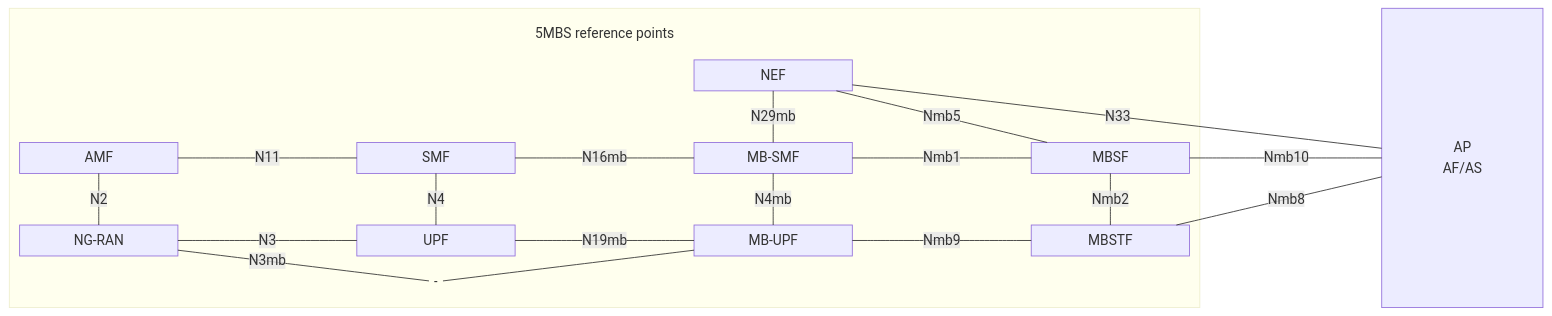
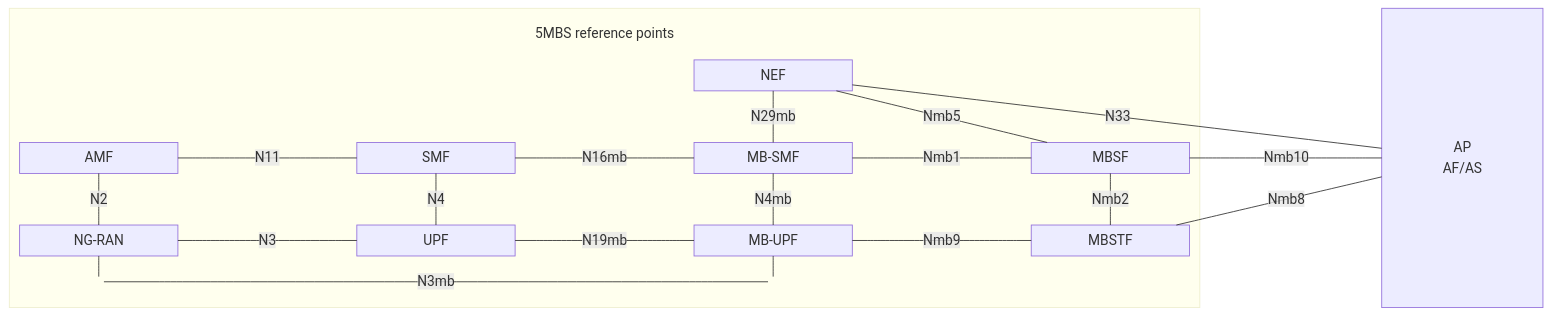
One commit to 5G-MAG/Getting-Started changed the first of 6 diagrams in pages/5g-multicast-broadcast-services/tutorials/mbstf.md. Above: the diagram before and after it, drawn with Mermaid. The commit also changed other lines of this file and 1 other file, not shown here.

Commit message:
Fixes to diagrams and add identifier points to one screenshot

````diff
--- a/pages/5g-multicast-broadcast-services/tutorials/mbstf.md
+++ b/pages/5g-multicast-broadcast-services/tutorials/mbstf.md
@@ -21,43 +21,45 @@
 ```mermaid
 ---
 title: "MBSTF and associated 5G NFs"
 config:
   block:
     padding: 12
     useMaxWidth: true
 ---
 block-beta
   columns 9
   block:g1:7
     columns 7
     space:3 text1["5MBS reference points"] space:3
     space:4 NEF["NEF"]:3
     space:7
     AMF["AMF"] space SMF["SMF"] space MBSMF["MB-SMF"] space MBSF["MBSF"]
     space:7
     RAN["NG-RAN"] space UPF["UPF"] space MBUPF["MB-UPF"] space MBSTF["MBSTF"]
-    space:2 invis1(("-")) space:4
+    invis1((" ")) space:3 invis2((" ")) space:2
   end
   space AP["AP\nAF/AS"]
 
   NEF-- "N29mb" ---MBSMF
   NEF-- "Nmb5" ---MBSF
   MBSF-- "Nmb1" ---MBSMF
   MBSMF-- "N16mb" ---SMF
   MBSF-- "Nmb2" ---MBSTF
   MBSMF-- "N4mb" ---MBUPF
   MBSTF-- "Nmb9" ---MBUPF
   MBUPF-- "N19mb" ---UPF
   SMF-- "N4" ---UPF
   SMF-- "N11" ---AMF
   UPF-- "N3" ---RAN
   AMF-- "N2" ---RAN
-  MBUPF---invis1
-  invis1-- "N3mb" ---RAN
+  MBUPF---invis2
+  invis2-- "N3mb" ---invis1
+  invis1---RAN
   AP-- "N33" ---NEF
   AP-- "Nmb10" ---MBSF
   AP-- "Nmb8" ---MBSTF
 
   style invis1 fill:#0000,stroke:#0000,color:#0000
+  style invis2 fill:#0000,stroke:#0000,color:#0000
   style text1 fill:#0000,stroke:#0000
 ```
````
